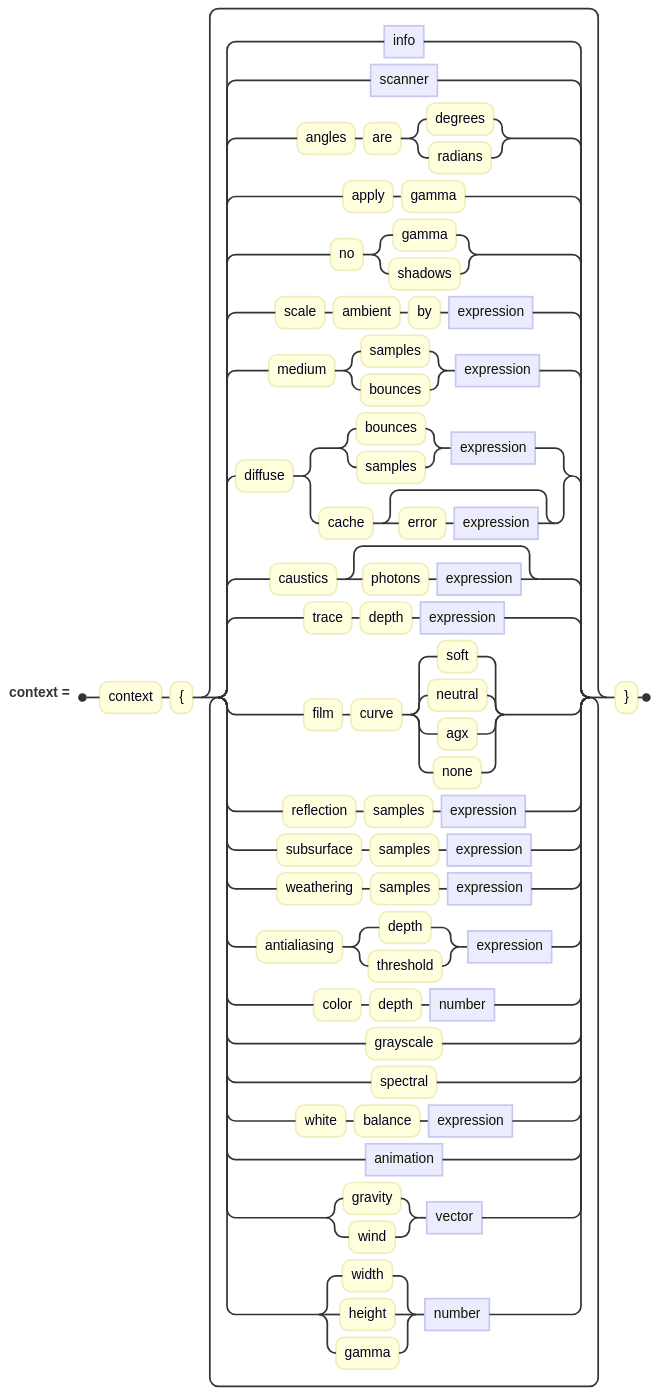
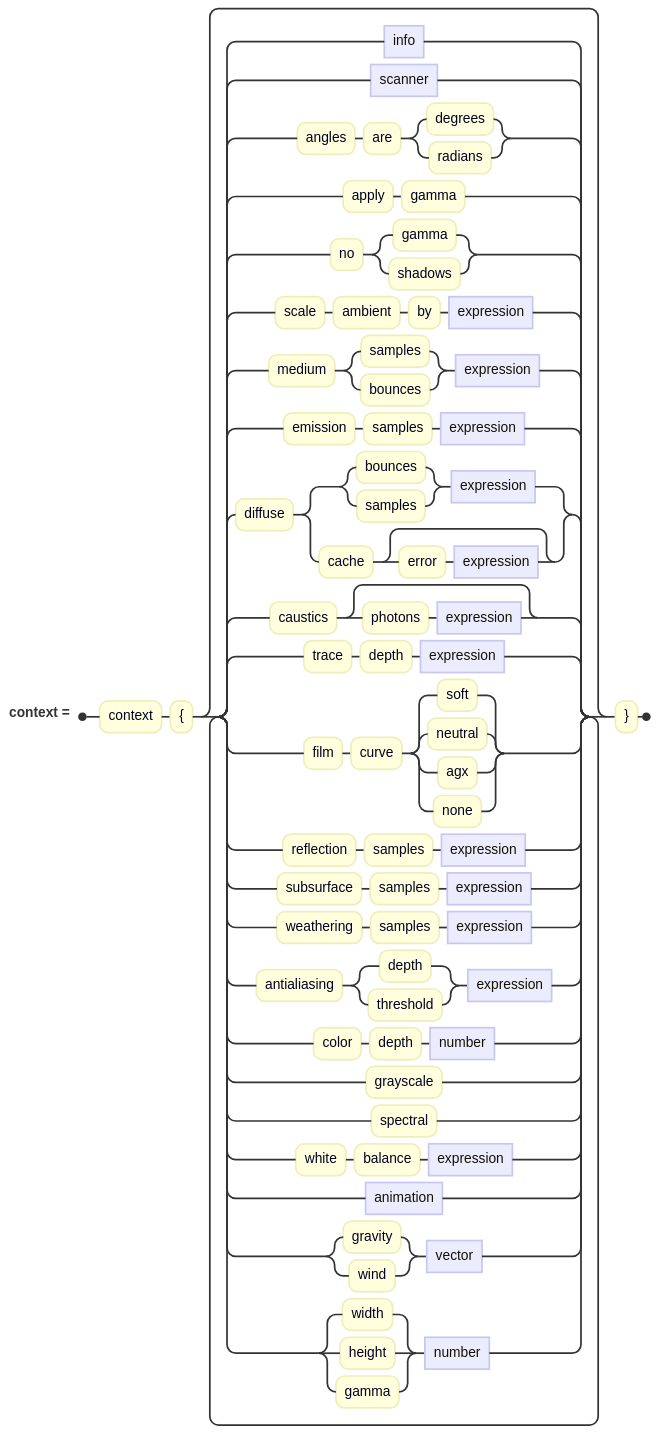
Before and after one commit to jskress/RayTracer: the diagram in docs/diagrams/context/contextClause.mmd, drawn with Mermaid. The commit also changed 62 other files, not shown here.

First line of the commit message:
A syntax diagram for every block

```diff
--- a/docs/diagrams/context/contextClause.mmd
+++ b/docs/diagrams/context/contextClause.mmd
@@ -1,19 +1,20 @@
 railroad-ebnf-beta
 title "The context block"
 
 context = "context" "{" { info | scanner | "angles" "are" ( "degrees" | "radians" )
         | "apply" "gamma" | "no" ( "gamma" | "shadows" )
         | "scale" "ambient" "by" expression
         | "medium" ( "samples" | "bounces" ) expression
+        | "emission" "samples" expression
         | "diffuse" ( ( "bounces" | "samples" ) expression | "cache" [ "error" expression ] )
         | "caustics" [ "photons" expression ]
         | "trace" "depth" expression
         | "film" "curve" ( "soft" | "neutral" | "agx" | "none" )
         | "reflection" "samples" expression
         | "subsurface" "samples" expression
         | "weathering" "samples" expression
         | "antialiasing" ( "depth" | "threshold" ) expression
         | "color" "depth" number | "grayscale" | "spectral"
         | "white" "balance" expression
         | animation | ( "gravity" | "wind" ) vector
         | ( "width" | "height" | "gamma" ) number } "}" ;
```
